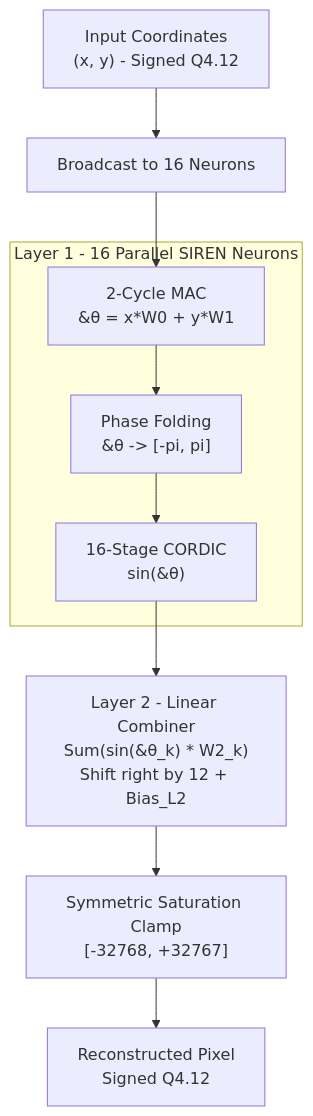
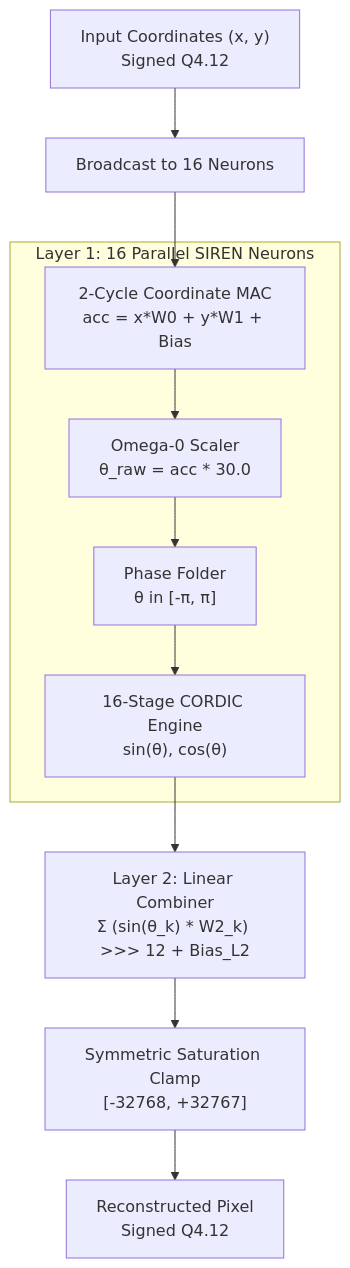
Before and after one commit to VishKamath/siren-inr-asic-accelerator: the diagram in README.md, drawn with Mermaid.

````diff
--- a/README.md
+++ b/README.md
@@ -35,31 +35,20 @@
 ```mermaid
 flowchart TD
+    A["Input Coordinates (x, y)<br/>Signed Q4.12"] --> B["Broadcast to 16 Neurons"]
 
-    A["Input Coordinates<br/>(x, y) - Signed Q4.12"]
-    B["Broadcast to 16 Neurons"]
-
-    A --> B
-
-    subgraph L1["Layer 1 - 16 Parallel SIREN Neurons"]
-
-        C["2-Cycle MAC<br/>&#952; = x*W0 + y*W1"]
-        D["Phase Folding<br/>&#952; -> [-pi, pi]"]
-        E["16-Stage CORDIC<br/>sin(&#952;)"]
+    subgraph L1["Layer 1: 16 Parallel SIREN Neurons"]
+        C["2-Cycle Coordinate MAC<br/>acc = x*W0 + y*W1 + Bias"]
+        D["Omega-0 Scaler<br/>θ_raw = acc * 30.0"]
+        E["Phase Folder<br/>θ in [-π, π]"]
+        F["16-Stage CORDIC Engine<br/>sin(θ), cos(θ)"]
 
         C --> D
         D --> E
-
+        E --> F
     end
 
     B --> C
-
-    F["Layer 2 - Linear Combiner<br/>Sum(sin(&#952;_k) * W2_k)<br/>Shift right by 12 + Bias_L2"]
-
-    G["Symmetric Saturation Clamp<br/>[-32768, +32767]"]
-
-    H["Reconstructed Pixel<br/>Signed Q4.12"]
-
-    E --> F
-    F --> G
-    G --> H
+    F --> G["Layer 2: Linear Combiner<br/>Σ (sin(θ_k) * W2_k) >>> 12 + Bias_L2"]
+    G --> H["Symmetric Saturation Clamp<br/>[-32768, +32767]"]
+    H --> I["Reconstructed Pixel<br/>Signed Q4.12"]
 ```
````
